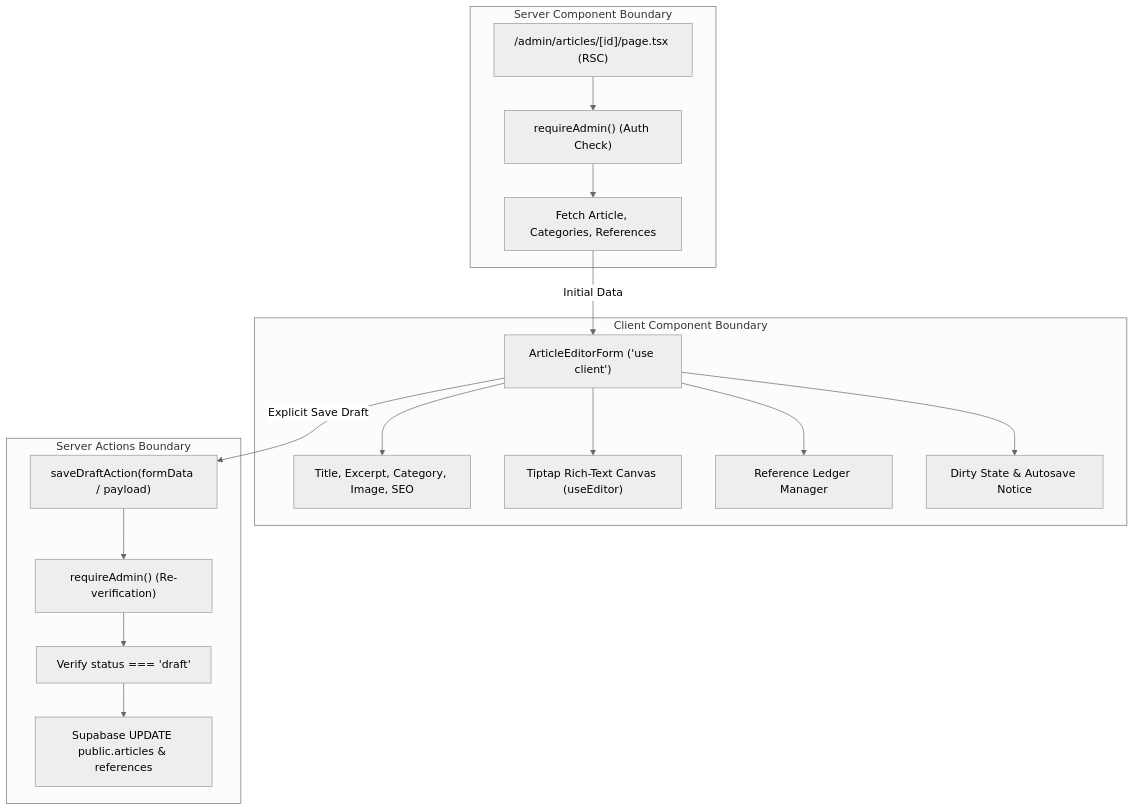
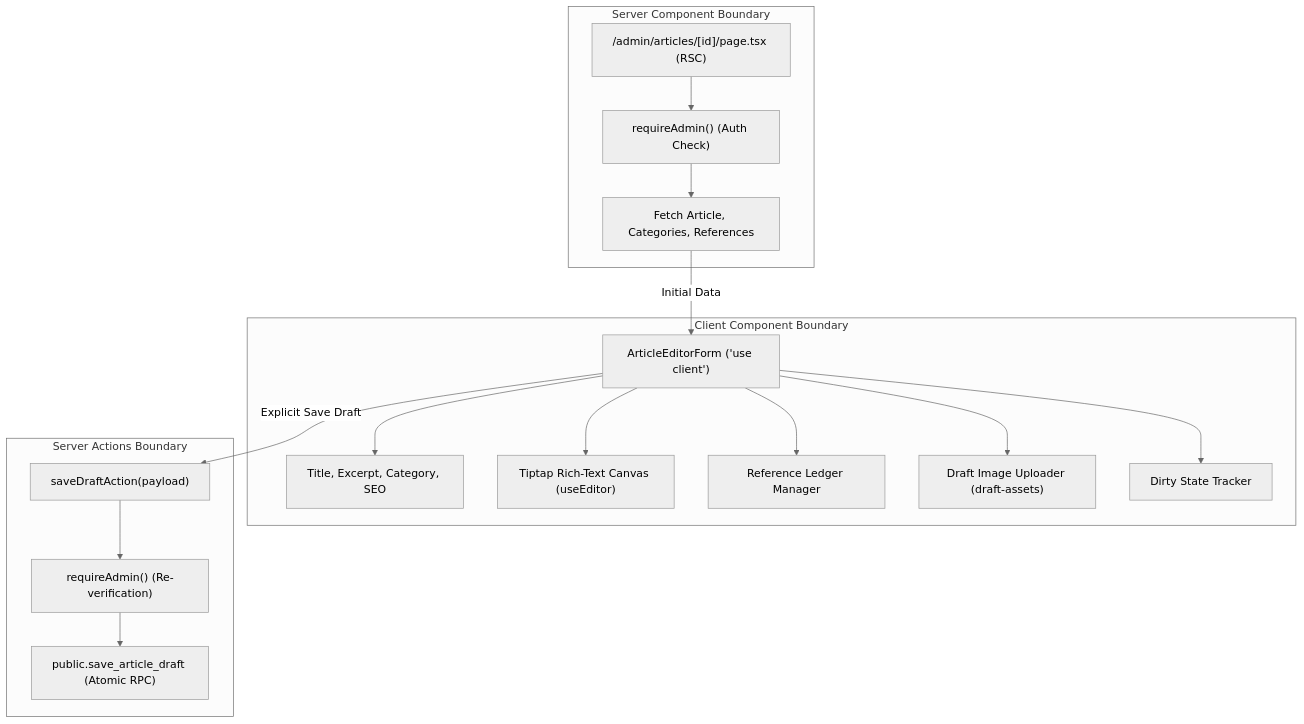
One commit to techwithmpg/Marie-medical-blog changed the diagram in docs/29-STAGE-7-WRITER-DASHBOARD-EDITOR-DESIGN.md. Above: the diagram before and after it, drawn with Mermaid (neutral theme). The commit also changed other lines of this file and 2 other files, not shown here.

Commit message:
docs: freeze stage 7 authoring architecture

````diff
--- a/docs/29-STAGE-7-WRITER-DASHBOARD-EDITOR-DESIGN.md
+++ b/docs/29-STAGE-7-WRITER-DASHBOARD-EDITOR-DESIGN.md
@@ -146,35 +137,35 @@
 ```mermaid
 flowchart TD
     subgraph Server_Boundary ["Server Component Boundary"]
         Page["/admin/articles/[id]/page.tsx (RSC)"]
         AuthGate["requireAdmin() (Auth Check)"]
         DataLoader["Fetch Article, Categories, References"]
     end
 
     subgraph Client_Boundary ["Client Component Boundary"]
         Form["ArticleEditorForm ('use client')"]
-        MetaFields["Title, Excerpt, Category, Image, SEO"]
+        MetaFields["Title, Excerpt, Category, SEO"]
         TiptapEditor["Tiptap Rich-Text Canvas (useEditor)"]
         RefLedger["Reference Ledger Manager"]
-        DirtyTracker["Dirty State & Autosave Notice"]
+        ImageUploader["Draft Image Uploader (draft-assets)"]
+        DirtyTracker["Dirty State Tracker"]
     end
 
     subgraph Mutation_Boundary ["Server Actions Boundary"]
-        SaveAction["saveDraftAction(formData / payload)"]
+        SaveAction["saveDraftAction(payload)"]
         AuthVerify["requireAdmin() (Re-verification)"]
-        DraftGuard["Verify status === 'draft'"]
-        DBUpdate["Supabase UPDATE public.articles & references"]
+        RPC["public.save_article_draft (Atomic RPC)"]
     end
 
     Page --> AuthGate
     AuthGate --> DataLoader
     DataLoader -->|Initial Data| Form
     Form --> MetaFields
     Form --> TiptapEditor
     Form --> RefLedger
+    Form --> ImageUploader
     Form --> DirtyTracker
     Form -->|Explicit Save Draft| SaveAction
     SaveAction --> AuthVerify
-    AuthVerify --> DraftGuard
-    DraftGuard --> DBUpdate
+    AuthVerify --> RPC
 ```
````
